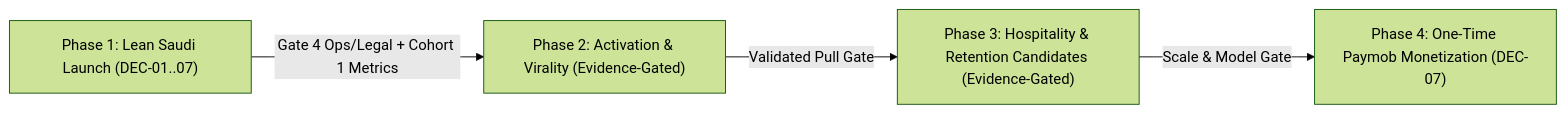
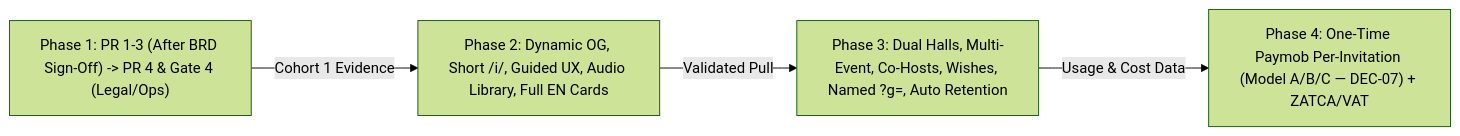
The diagram in docs/product/strategy/ZAFFE_PRODUCT_STRATEGY.md (mohamedelbalooty/Zaffe), drawn with Mermaid (forest theme) before and after one commit. The commit also changed other lines of this file and 7 other files, not shown here.

Commit message:
docs(governance): record final PO decisions C-5..C-7, KPI-03b, KPI-05 and finalize BRD v0.5 for sign-off (ZAFFE-026)

````diff
--- a/docs/product/strategy/ZAFFE_PRODUCT_STRATEGY.md
+++ b/docs/product/strategy/ZAFFE_PRODUCT_STRATEGY.md
@@ -78,6 +67,6 @@
 ```mermaid
 flowchart LR
-    P1["Phase 1: Lean Saudi Launch (DEC-01..07)"] -->|"Gate 4 Ops/Legal + Cohort 1 Metrics"| P2["Phase 2: Activation & Virality (Evidence-Gated)"]
-    P2 -->|"Validated Pull Gate"| P3["Phase 3: Hospitality & Retention Candidates (Evidence-Gated)"]
-    P3 -->|"Scale & Model Gate"| P4["Phase 4: One-Time Paymob Monetization (DEC-07)"]
+    P1["Phase 1: PR 1-3 (After BRD Sign-Off) -> PR 4 & Gate 4 (Legal/Ops)"] -->|"Cohort 1 Evidence"| P2["Phase 2: Dynamic OG, Short /i/, Guided UX, Audio Library, Full EN Cards"]
+    P2 -->|"Validated Pull"| P3["Phase 3: Dual Halls, Multi-Event, Co-Hosts, Wishes, Named ?g=, Auto Retention"]
+    P3 -->|"Usage & Cost Data"| P4["Phase 4: One-Time Paymob Per-Invitation (Model A/B/C — DEC-07) + ZATCA/VAT"]
 ```
````
